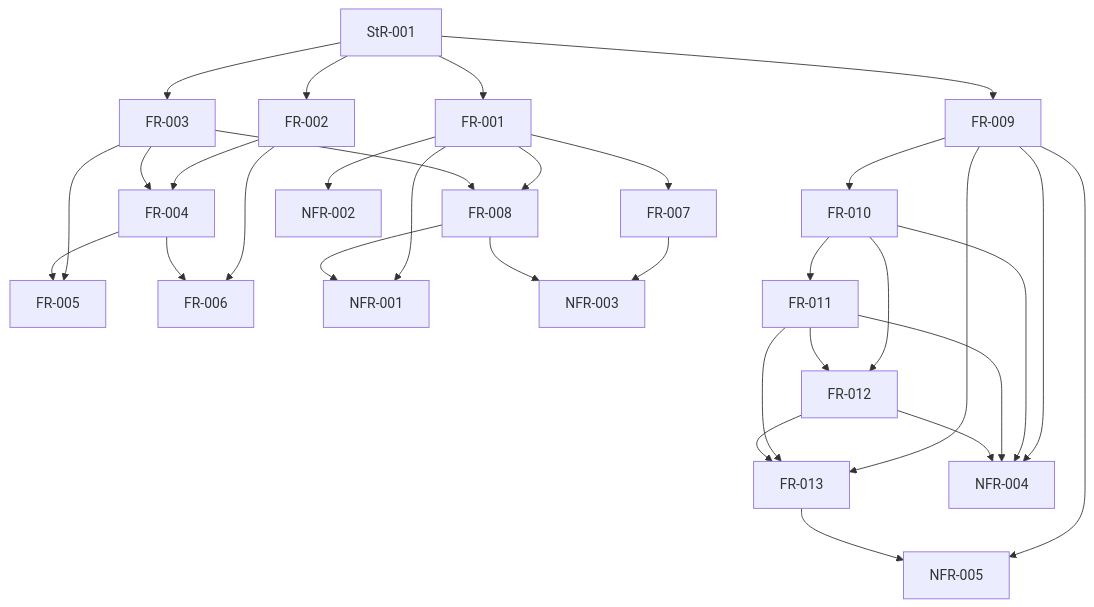
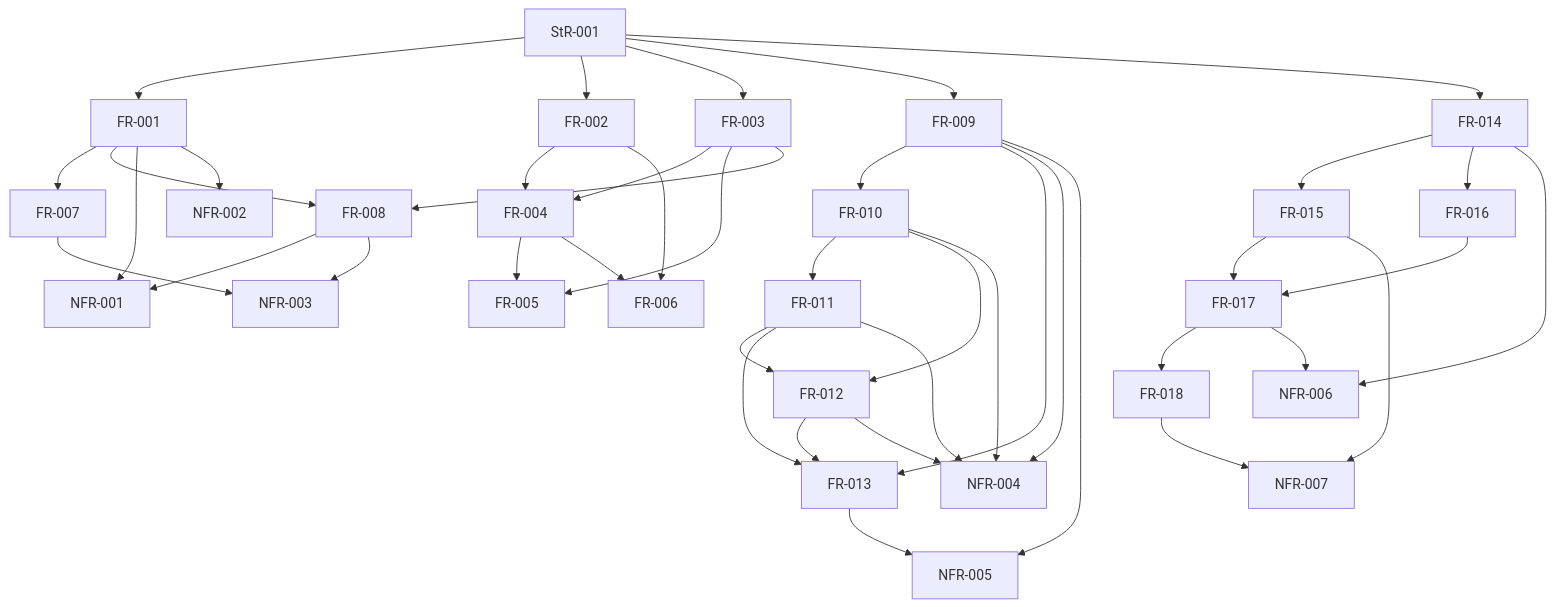
One commit to agent-ix/filament-core-data changed the diagram in spec/reviews/dependency.md. Above: the diagram before and after it, drawn with Mermaid. The commit also changed other lines of this file and 86 other files, not shown here.

````diff
--- a/spec/reviews/dependency.md
+++ b/spec/reviews/dependency.md
@@ -50,34 +61,44 @@
 ```mermaid
 graph TD
   StR-001 --> FR-001
   StR-001 --> FR-002
   StR-001 --> FR-003
   FR-002 --> FR-004
   FR-003 --> FR-004
   FR-003 --> FR-005
   FR-004 --> FR-005
   FR-002 --> FR-006
   FR-004 --> FR-006
   FR-001 --> FR-007
   FR-001 --> FR-008
   FR-003 --> FR-008
   FR-001 --> NFR-001
   FR-008 --> NFR-001
   FR-001 --> NFR-002
   FR-007 --> NFR-003
   FR-008 --> NFR-003
   StR-001 --> FR-009
   FR-009 --> FR-010
   FR-010 --> FR-011
   FR-010 --> FR-012
   FR-011 --> FR-012
   FR-009 --> FR-013
   FR-011 --> FR-013
   FR-012 --> FR-013
   FR-009 --> NFR-004
   FR-010 --> NFR-004
   FR-011 --> NFR-004
   FR-012 --> NFR-004
   FR-009 --> NFR-005
   FR-013 --> NFR-005
+  StR-001 --> FR-014
+  FR-014 --> FR-015
+  FR-014 --> FR-016
+  FR-015 --> FR-017
+  FR-016 --> FR-017
+  FR-017 --> FR-018
+  FR-014 --> NFR-006
+  FR-017 --> NFR-006
+  FR-015 --> NFR-007
+  FR-018 --> NFR-007
 ```
````
